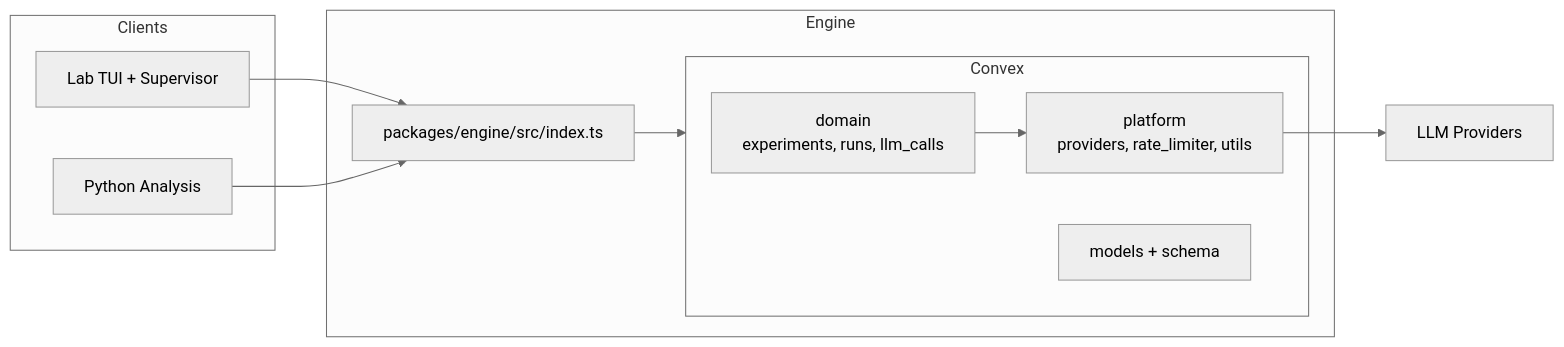
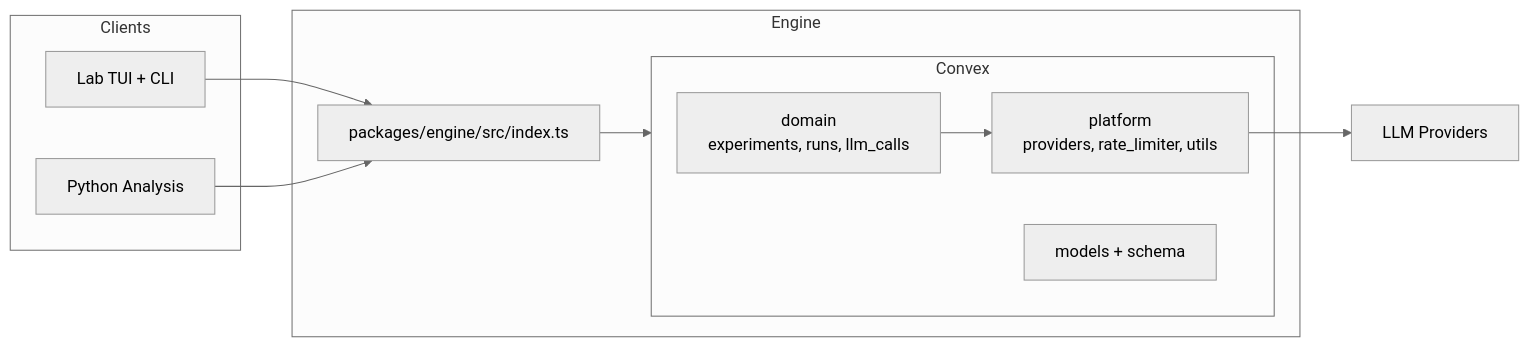
One commit to theonetruejesse/judge-gym changed the first of 3 diagrams in README.md. Above: the diagram before and after it, drawn with Mermaid (neutral theme). The commit also changed other lines of this file, not shown here.

````diff
--- a/README.md
+++ b/README.md
@@ -210,24 +249,24 @@
 ```mermaid
 flowchart LR
   subgraph Clients
-    Lab[Lab TUI + Supervisor]
+    Lab[Lab TUI + CLI]
     Analysis[Python Analysis]
   end
 
   subgraph Engine
     API[packages/engine/src/index.ts]
   subgraph Convex
       Domain["domain<br/>experiments, runs, llm_calls"]
       Platform["platform<br/>providers, rate_limiter, utils"]
       Models["models + schema"]
     end
   end
 
   Providers[LLM Providers]
 
   Lab --> API
   Analysis --> API
   API --> Convex
   Domain --> Platform
   Platform --> Providers
 ```
````
